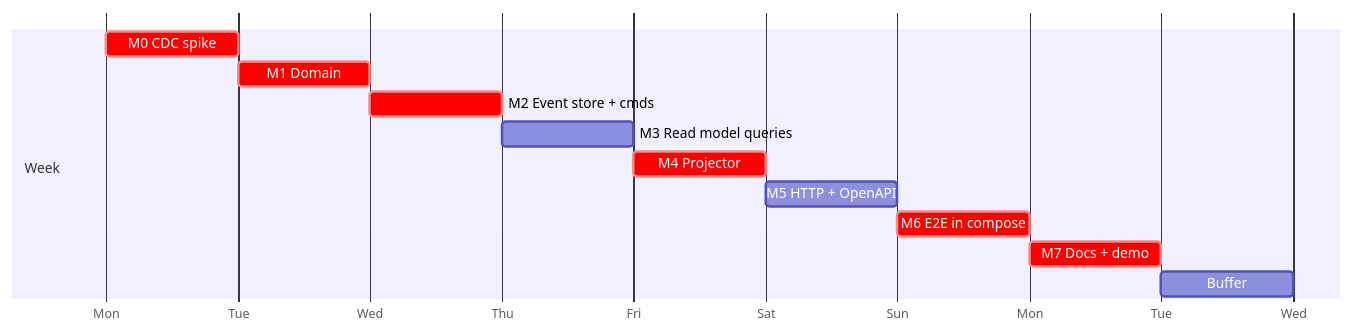
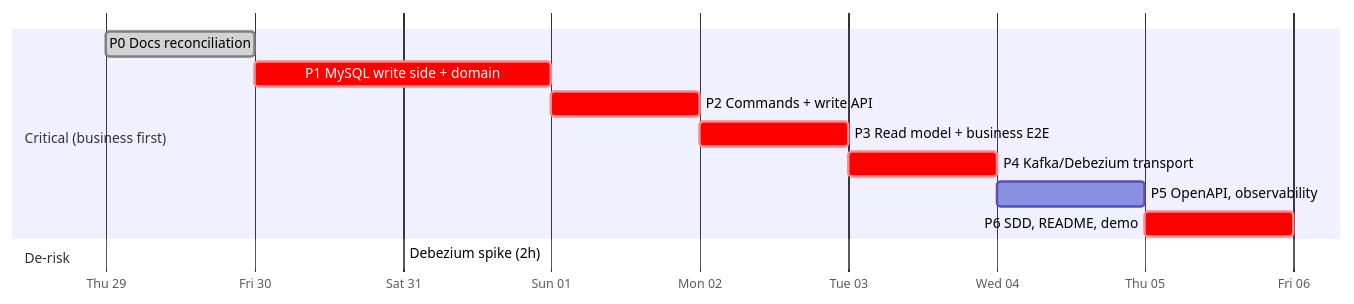
The diagram in docs/07-implementation-plan.md (bhtoan2204/keyloop-coding-challenge), drawn with Mermaid before and after one commit. The commit also changed other lines of this file and 26 other files, not shown here.

````diff
--- a/docs/07-implementation-plan.md
+++ b/docs/07-implementation-plan.md
@@ -102,15 +86,15 @@
 ```mermaid
 gantt
   dateFormat  YYYY-MM-DD
-  axisFormat  %a
-  section Week
-  M0 CDC spike            :crit, m0, 2026-11-02, 0.5d
-  M1 Domain               :crit, m1, after m0, 0.5d
-  M2 Event store + cmds   :crit, m2, after m1, 1d
-  M3 Read model queries   :m3, after m2, 0.5d
-  M4 Projector            :crit, m4, after m3, 1d
-  M5 HTTP + OpenAPI       :m5, after m4, 1d
-  M6 E2E in compose       :crit, m6, after m5, 0.5d
-  M7 Docs + demo          :crit, m7, after m6, 1d
-  Buffer                  :after m7, 1d
+  axisFormat  %a %d
+  section Critical (business first)
+  P0 Docs reconciliation        :done, p0, 2026-10-29, 0.5d
+  P1 MySQL write side + domain  :crit, p1, after p0, 1.5d
+  P2 Commands + write API       :crit, p2, after p1, 1d
+  P3 Read model + business E2E  :crit, p3, after p2, 1d
+  P4 Kafka/Debezium transport   :crit, p4, after p3, 1d
+  P5 OpenAPI, observability     :p5, after p4, 1d
+  P6 SDD, README, demo          :crit, p6, after p5, 1d
+  section De-risk
+  Debezium spike (2h)           :spike, 2026-10-31, 0.25d
 ```
````
